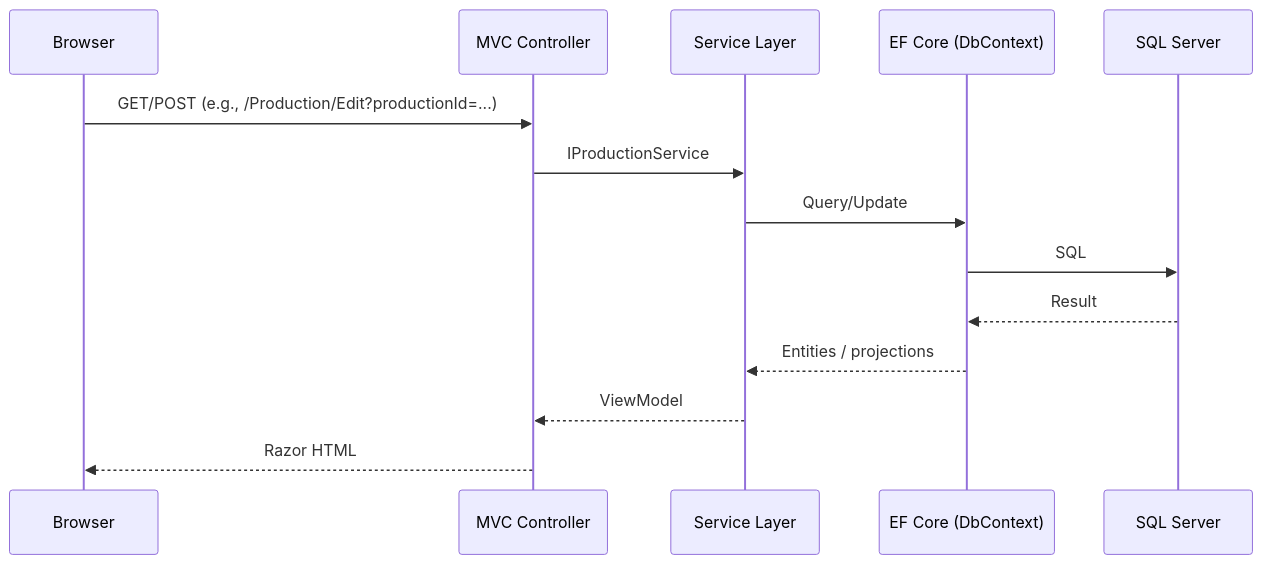
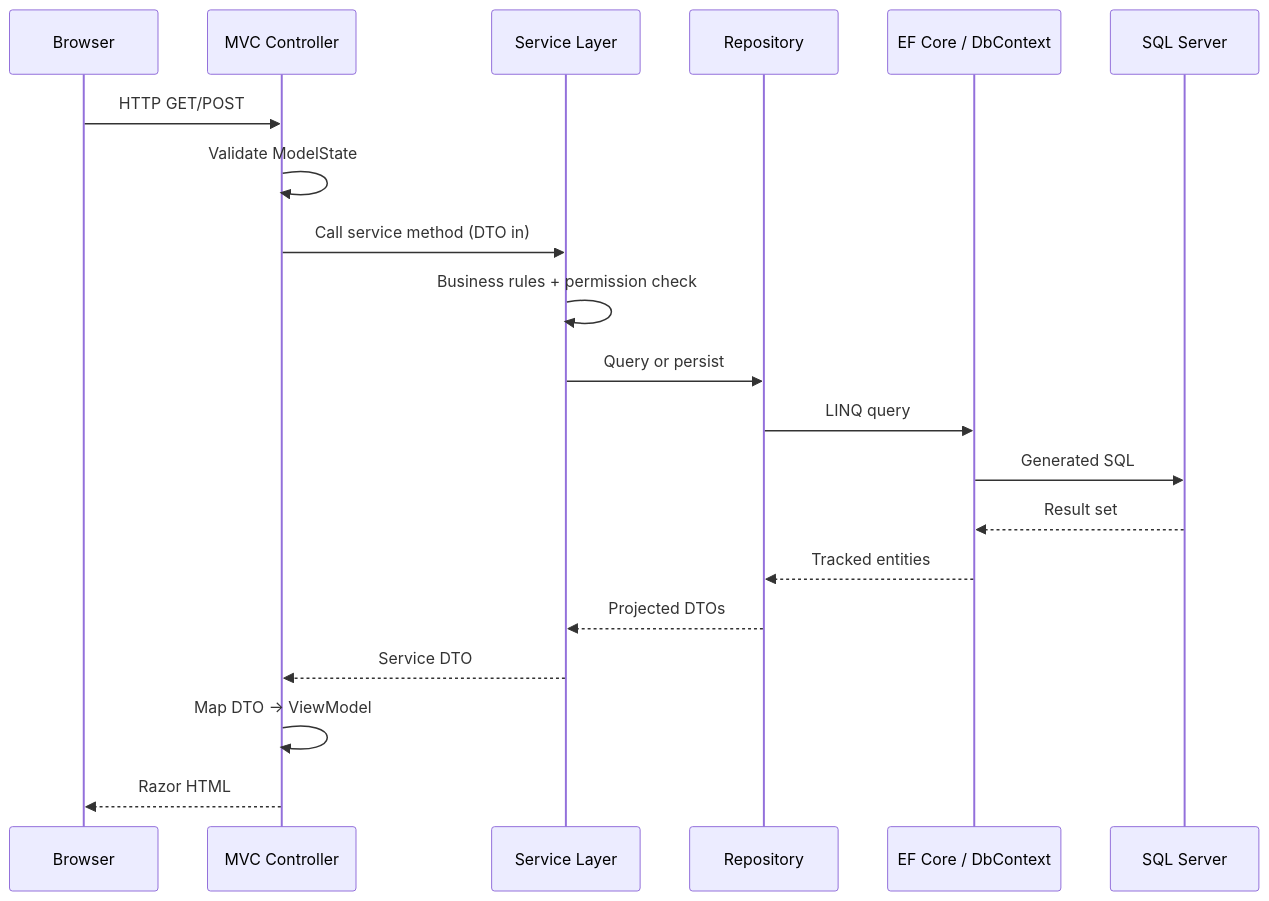
The second of 4 diagrams in README.md (krasimirnyv/Wrap-FilmProductionManagementSystem-ASP.NET-Project), drawn with Mermaid before and after one commit. The commit also changed other lines of this file, not shown here.

````diff
--- a/README.md
+++ b/README.md
@@ -99,17 +151,23 @@
 ```mermaid
 sequenceDiagram
   participant Browser
-  participant MVC as MVC Controller
-  participant Service as Service Layer
-  participant EF as EF Core (DbContext)
-  participant DB as SQL Server
+  participant Controller as MVC Controller
+  participant Service   as Service Layer
+  participant Repo      as Repository
+  participant EF        as EF Core / DbContext
+  participant DB        as SQL Server
 
-  Browser->>MVC: GET/POST (e.g., /Production/Edit?productionId=...)
-  MVC->>Service: IProductionService
-  Service->>EF: Query/Update
-  EF->>DB: SQL
-  DB-->>EF: Result
-  EF-->>Service: Entities / projections
-  Service-->>MVC: ViewModel
-  MVC-->>Browser: Razor HTML
+  Browser->>Controller: HTTP GET/POST
+  Controller->>Controller: Validate ModelState
+  Controller->>Service: Call service method (DTO in)
+  Service->>Service: Business rules + permission check
+  Service->>Repo: Query or persist
+  Repo->>EF: LINQ query
+  EF->>DB: Generated SQL
+  DB-->>EF: Result set
+  EF-->>Repo: Tracked entities
+  Repo-->>Service: Projected DTOs
+  Service-->>Controller: Service DTO
+  Controller->>Controller: Map DTO → ViewModel
+  Controller-->>Browser: Razor HTML
 ```
````
